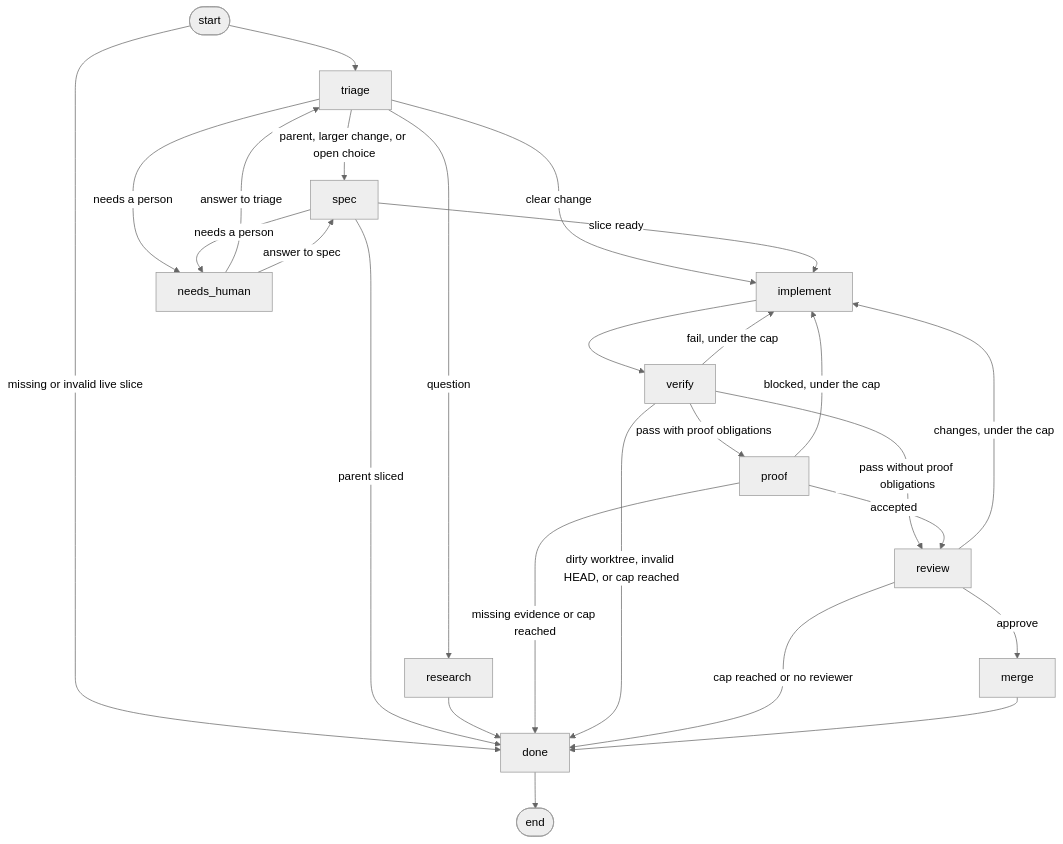
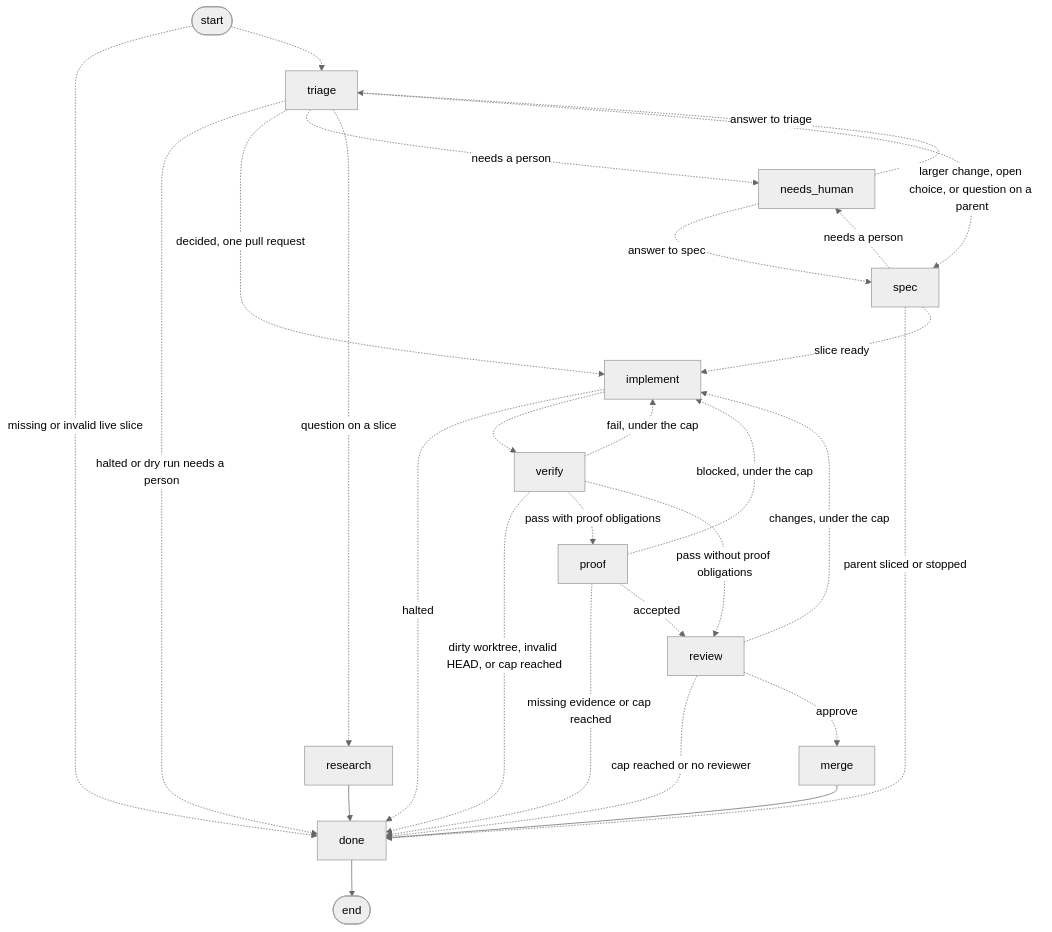
The diagram in README.md (bookout-labs/tools), drawn with Mermaid (neutral theme) before and after one commit. The commit also changed other lines of this file and 6 other files, not shown here.

````diff
--- a/README.md
+++ b/README.md
@@ -9,28 +9,32 @@
 ```mermaid
 flowchart TD
-  __start__([start]) --> triage
-  __start__ -->|missing or invalid live slice| done
-  triage -->|clear change| implement
-  triage -->|parent, larger change, or open choice| spec
-  triage -->|question| research
-  triage -->|needs a person| needs_human
-  needs_human -->|answer to triage| triage
-  needs_human -->|answer to spec| spec
-  spec -->|slice ready| implement
-  spec -->|needs a person| needs_human
-  spec -->|parent sliced| done
+  __start__([start])
+  __end__([end])
+  __start__ -. missing or invalid live slice .-> done
+  __start__ -.-> triage
+  implement -. halted .-> done
+  implement -.-> verify
+  merge --> done
+  needs_human -. answer to spec .-> spec
+  needs_human -. answer to triage .-> triage
+  proof -. missing evidence or cap reached .-> done
+  proof -. blocked, under the cap .-> implement
+  proof -. accepted .-> review
   research --> done
-  implement --> verify
-  verify -->|pass with proof obligations| proof
-  verify -->|pass without proof obligations| review
-  proof -->|accepted| review
-  proof -->|blocked, under the cap| implement
-  proof -->|missing evidence or cap reached| done
-  verify -->|fail, under the cap| implement
-  verify -->|dirty worktree, invalid HEAD, or cap reached| done
-  review -->|approve| merge
-  review -->|changes, under the cap| implement
-  review -->|cap reached or no reviewer| done
-  merge --> done
-  done --> __end__([end])
+  review -. cap reached or no reviewer .-> done
+  review -. changes, under the cap .-> implement
+  review -. approve .-> merge
+  spec -. parent sliced or stopped .-> done
+  spec -. slice ready .-> implement
+  spec -. needs a person .-> needs_human
+  triage -. halted or dry run needs a person .-> done
+  triage -. decided, one pull request .-> implement
+  triage -. needs a person .-> needs_human
+  triage -. question on a slice .-> research
+  triage -. larger change, open choice, or question on a parent .-> spec
+  verify -. dirty worktree, invalid HEAD, or cap reached .-> done
+  verify -. fail, under the cap .-> implement
+  verify -. pass with proof obligations .-> proof
+  verify -. pass without proof obligations .-> review
+  done --> __end__
 ```
````
